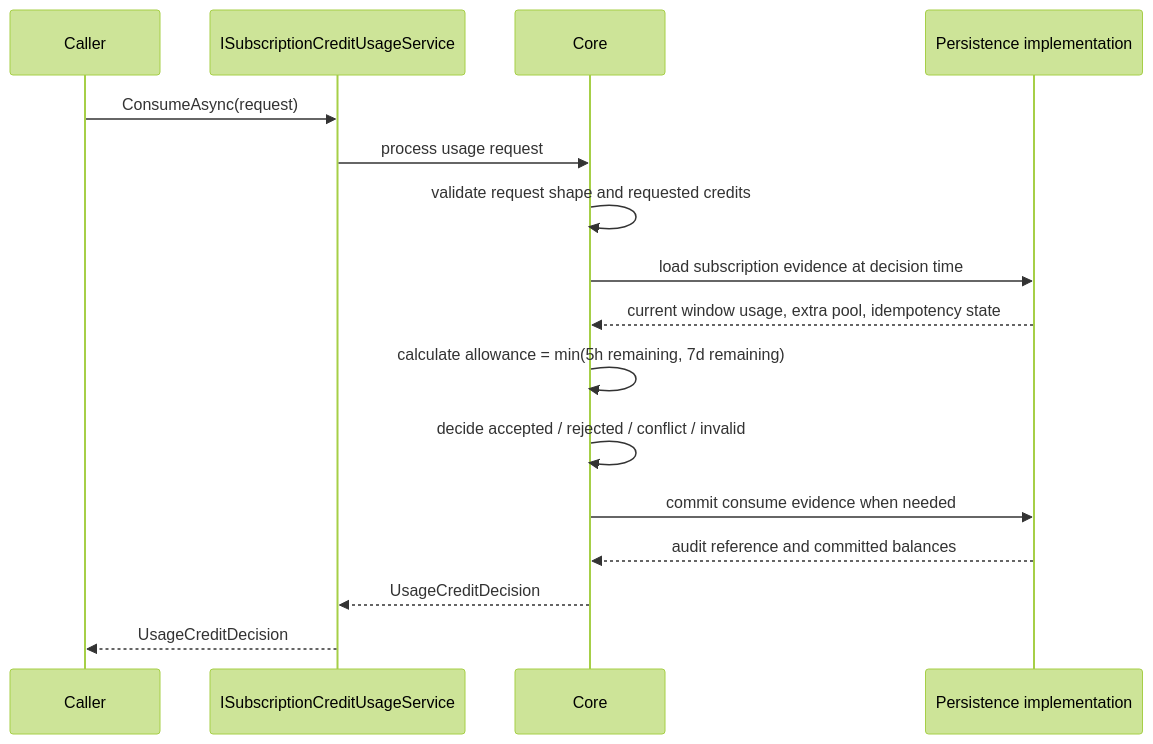
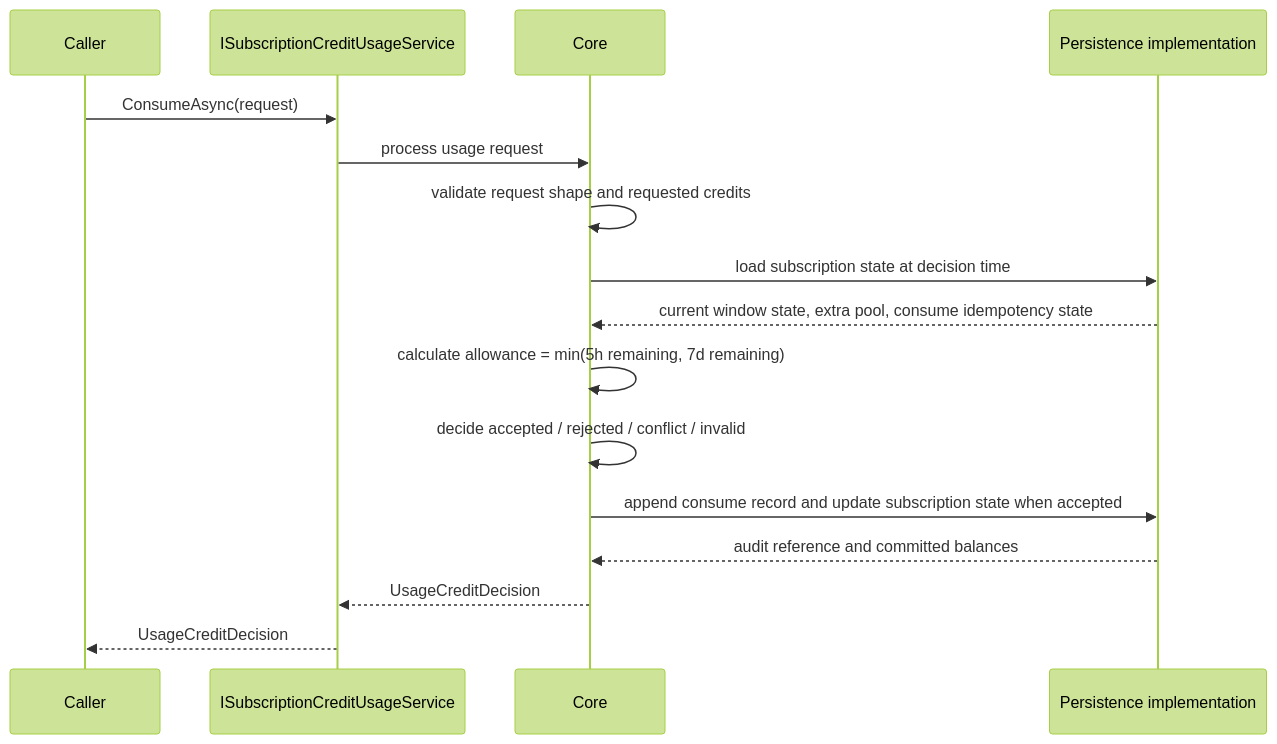
One commit to andrew0928/AndrewDemo.AgentRateLimit changed the third of 3 diagrams in docs/architecture/subscription-credit-abstract-design.md. Above: the diagram before and after it, drawn with Mermaid (forest theme). The commit also changed other lines of this file and 13 other files, not shown here.

````diff
--- a/docs/architecture/subscription-credit-abstract-design.md
+++ b/docs/architecture/subscription-credit-abstract-design.md
@@ -368,19 +385,19 @@
 ```mermaid
 sequenceDiagram
     participant Caller
     participant Service as ISubscriptionCreditUsageService
     participant Core
     participant Store as Persistence implementation
 
     Caller->>Service: ConsumeAsync(request)
     Service->>Core: process usage request
     Core->>Core: validate request shape and requested credits
-    Core->>Store: load subscription evidence at decision time
-    Store-->>Core: current window usage, extra pool, idempotency state
+    Core->>Store: load subscription state at decision time
+    Store-->>Core: current window state, extra pool, consume idempotency state
     Core->>Core: calculate allowance = min(5h remaining, 7d remaining)
     Core->>Core: decide accepted / rejected / conflict / invalid
-    Core->>Store: commit consume evidence when needed
+    Core->>Store: append consume record and update subscription state when accepted
     Store-->>Core: audit reference and committed balances
     Core-->>Service: UsageCreditDecision
     Service-->>Caller: UsageCreditDecision
 ```
````
